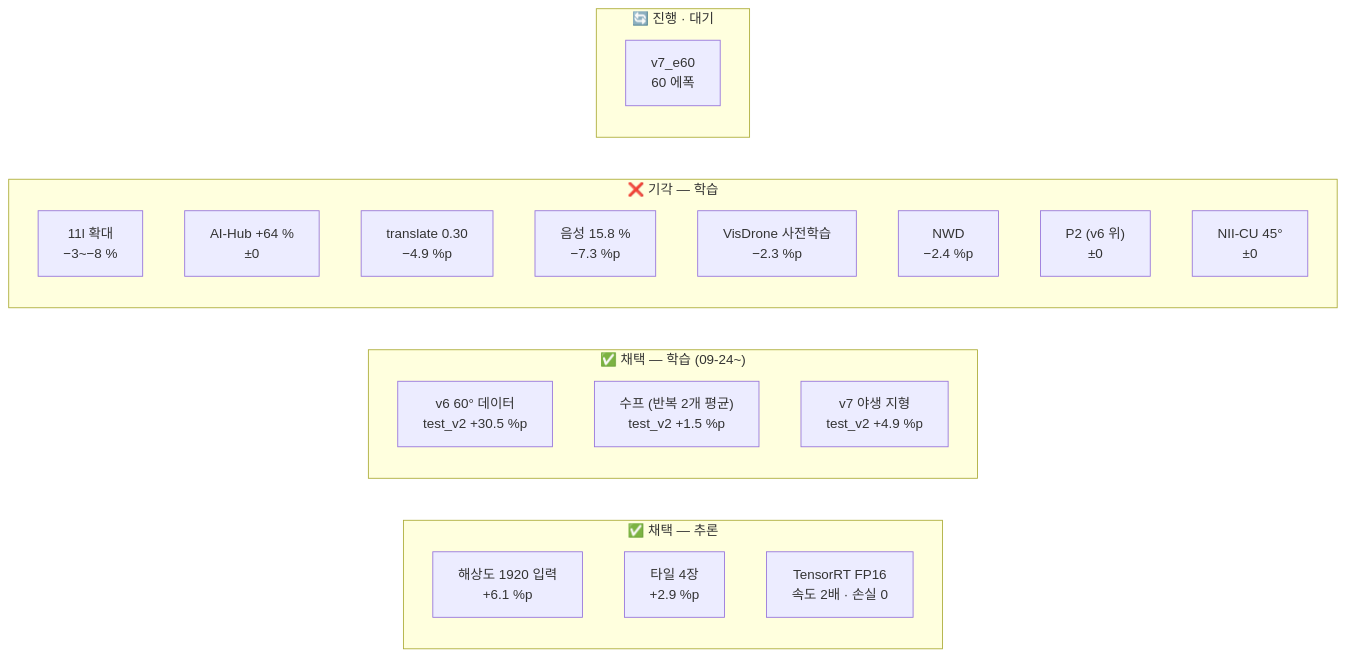
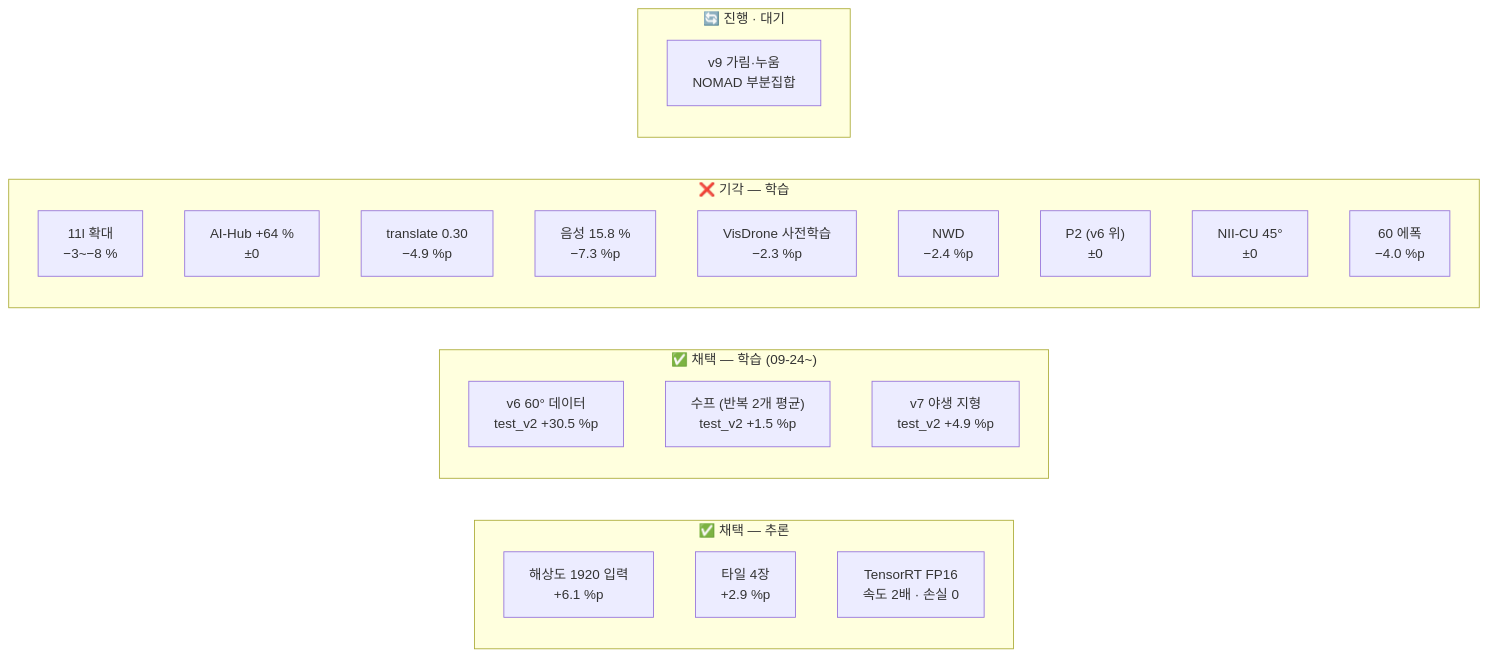
The diagram in obsidian/04 실험/_실험 색인.md (tim9985/Capstone), drawn with Mermaid before and after one commit. The commit also changed other lines of this file and 28 other files, not shown here.

````diff
--- a/obsidian/04 실험/_실험 색인.md
+++ b/obsidian/04 실험/_실험 색인.md
@@ -12,26 +12,27 @@
 ```mermaid
 flowchart LR
     subgraph OK["✅ 채택 — 추론"]
         T1["해상도 1920 입력<br/>+6.1 %p"]
         T2["타일 4장<br/>+2.9 %p"]
         T3["TensorRT FP16<br/>속도 2배 · 손실 0"]
     end
     subgraph OK2["✅ 채택 — 학습 (09-24~)"]
         W1["v6 60° 데이터<br/>test_v2 +30.5 %p"]
         W2["수프 (반복 2개 평균)<br/>test_v2 +1.5 %p"]
         W3["v7 야생 지형<br/>test_v2 +4.9 %p"]
     end
     subgraph NG["❌ 기각 — 학습"]
         N1["11l 확대<br/>−3~−8 %"]
         N2["AI-Hub +64 %<br/>±0"]
         N3["translate 0.30<br/>−4.9 %p"]
         N4["음성 15.8 %<br/>−7.3 %p"]
         N5["VisDrone 사전학습<br/>−2.3 %p"]
         N6["NWD<br/>−2.4 %p"]
         N7["P2 (v6 위)<br/>±0"]
         N8["NII-CU 45°<br/>±0"]
+        N9["60 에폭<br/>−4.0 %p"]
     end
     subgraph RUN["🔄 진행 · 대기"]
-        R1["v7_e60<br/>60 에폭"]
+        R1["v9 가림·누움<br/>NOMAD 부분집합"]
     end
 ```
````
